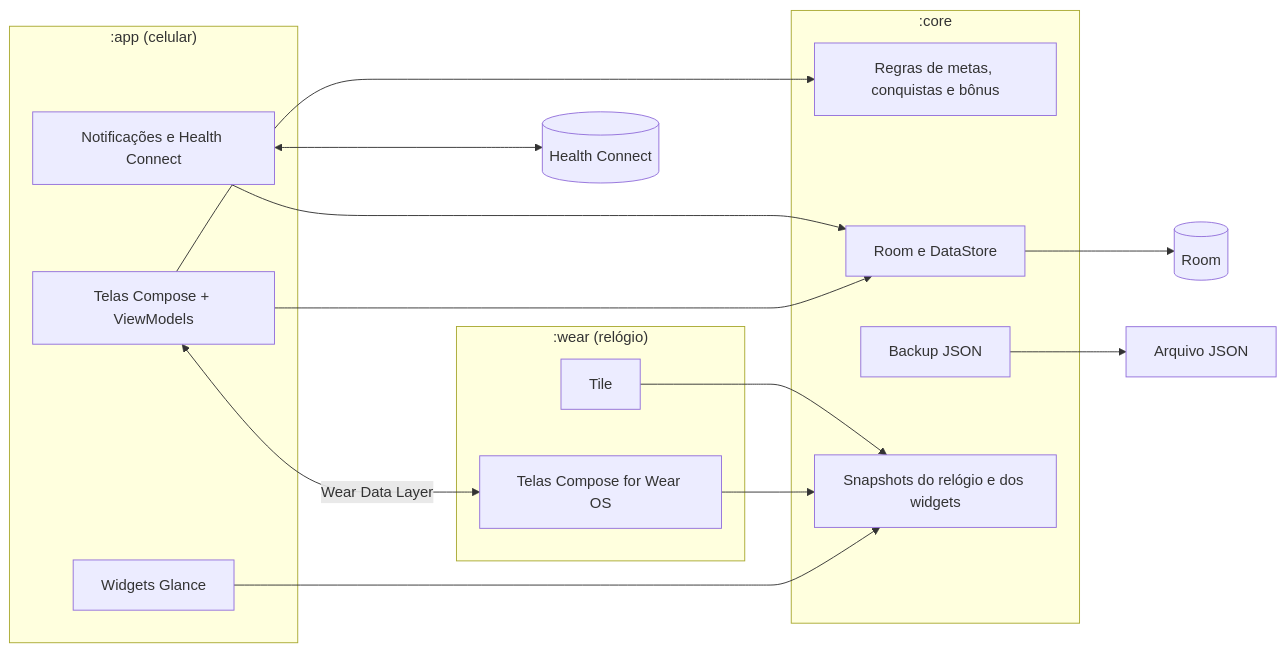
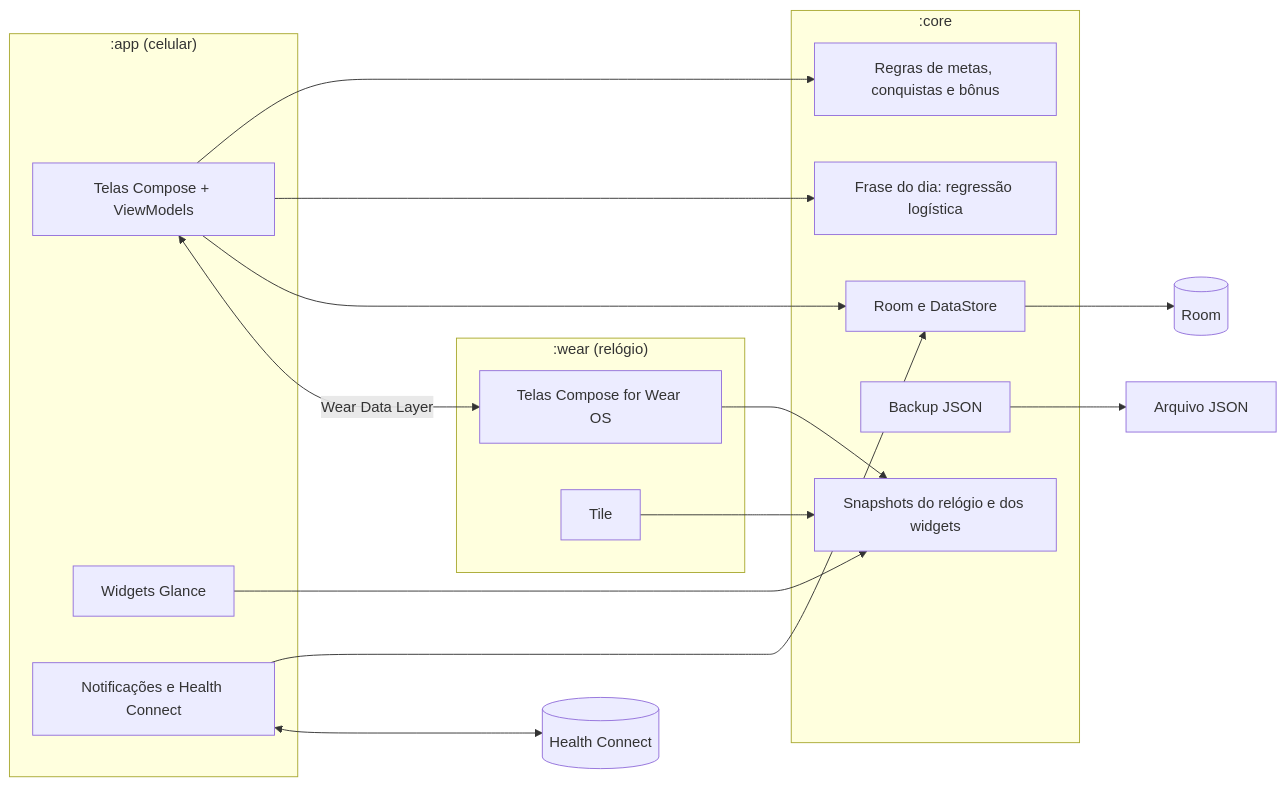
One commit to jonathaxs/gymnutshell-android changed the first of 4 diagrams in .github/README.md. Above: the diagram before and after it, drawn with Mermaid. The commit also changed other lines of this file and 15 other files, not shown here.

Commit message:
feat: adicionada página da frase do dia nos ajustes e atualizado readme da 2.0

````diff
--- a/.github/README.md
+++ b/.github/README.md
@@ -68,31 +86,33 @@
 ```mermaid
 flowchart LR
     subgraph App[":app (celular)"]
         Screens["Telas Compose + ViewModels"]
         Glance["Widgets Glance"]
         System["Notificações e Health Connect"]
     end
 
     subgraph Wear[":wear (relógio)"]
         WearScreens["Telas Compose for Wear OS"]
         Tile["Tile"]
     end
 
     subgraph Core[":core"]
         Domain["Regras de metas, conquistas e bônus"]
+        ML["Frase do dia: regressão logística"]
         Data["Room e DataStore"]
         Backup["Backup JSON"]
         Sync["Snapshots do relógio e dos widgets"]
     end
 
     Screens --> Domain
+    Screens --> ML
     Screens --> Data
     Glance --> Sync
     System --> Data
     WearScreens --> Sync
     Tile --> Sync
     Screens <-->|Wear Data Layer| WearScreens
     Data --> DB[("Room")]
     System <--> HC[("Health Connect")]
     Backup --> File["Arquivo JSON"]
 ```
````
